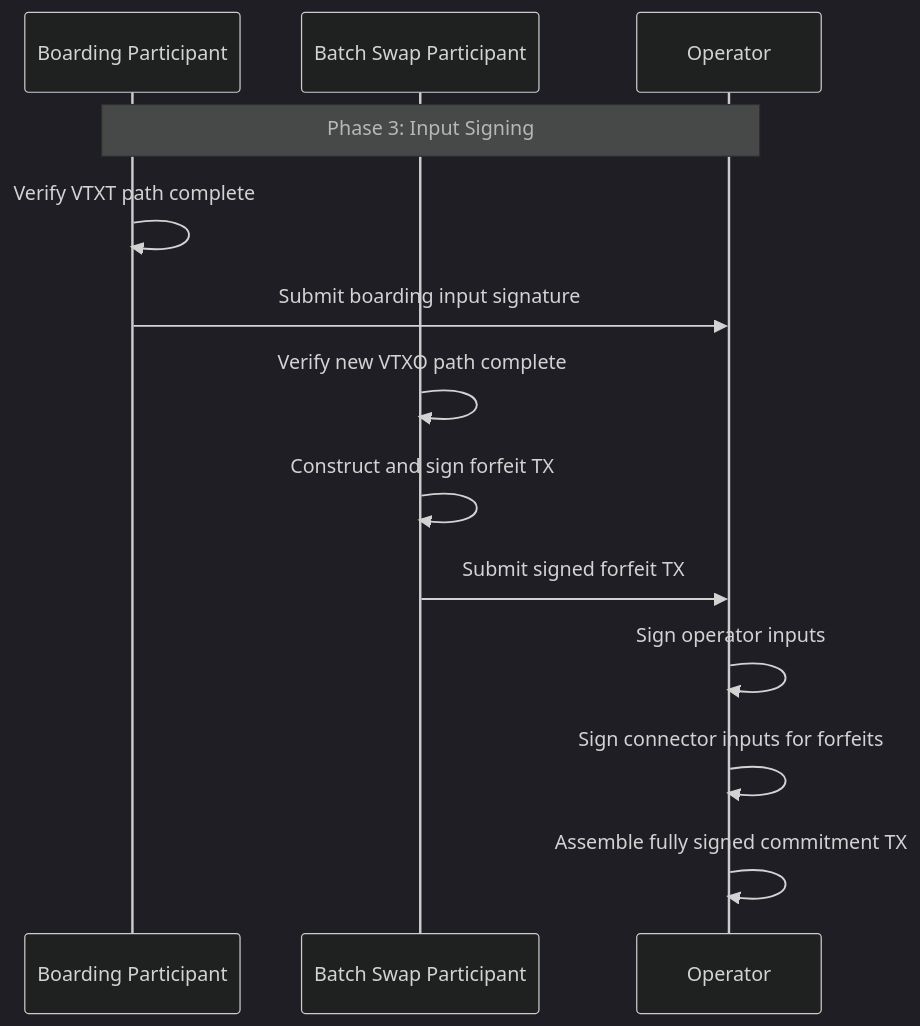
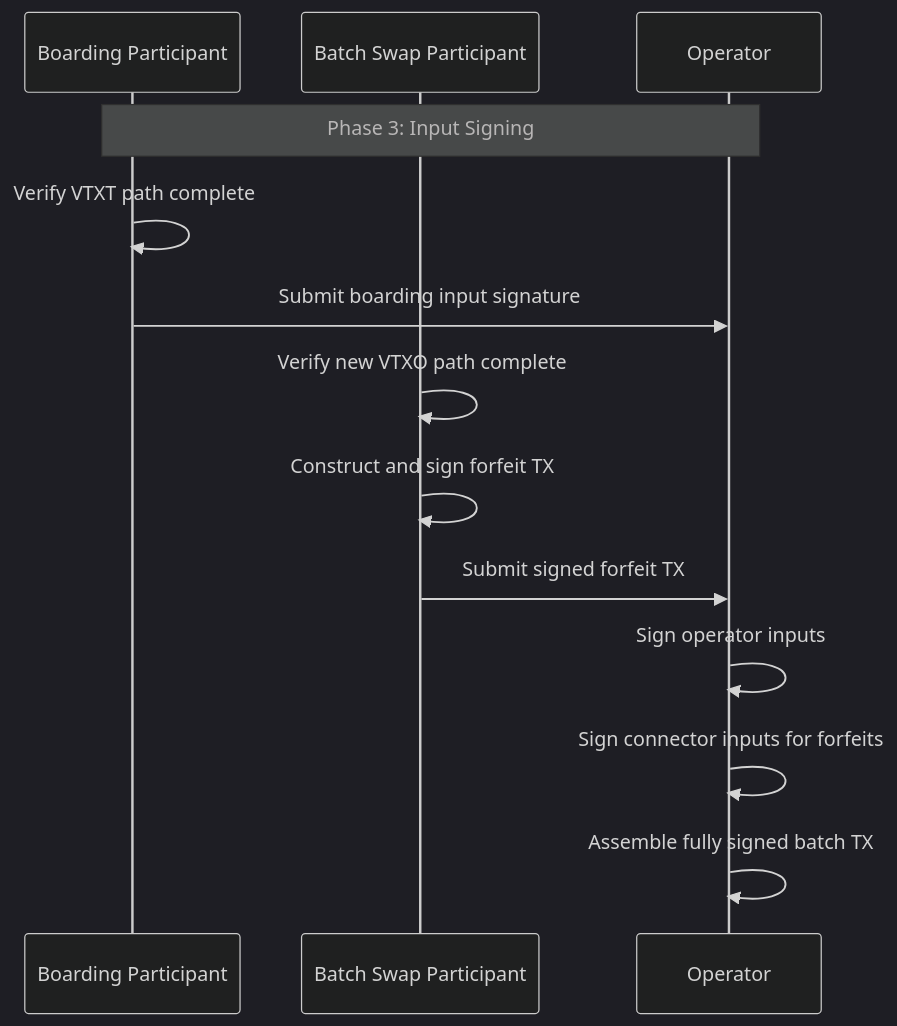
Before and after one commit to lightninglabs/wavelength: the fourth of 7 diagrams in docs/ark-specs/ARK-02-rounds.md, drawn with Mermaid (dark theme). The commit also changed other lines of this file and 6 other files, not shown here.

````diff
--- a/docs/ark-specs/ARK-02-rounds.md
+++ b/docs/ark-specs/ARK-02-rounds.md
@@ -441,19 +557,19 @@
 ```mermaid
 sequenceDiagram
     participant BP as Boarding Participant
     participant BSP as Batch Swap Participant
     participant O as Operator
 
     Note over BP,O: Phase 3: Input Signing
 
     BP->>BP: Verify VTXT path complete
     BP->>O: Submit boarding input signature
 
     BSP->>BSP: Verify new VTXO path complete
     BSP->>BSP: Construct and sign forfeit TX
     BSP->>O: Submit signed forfeit TX
 
     O->>O: Sign operator inputs
     O->>O: Sign connector inputs for forfeits
-    O->>O: Assemble fully signed commitment TX
+    O->>O: Assemble fully signed batch TX
 ```
````
